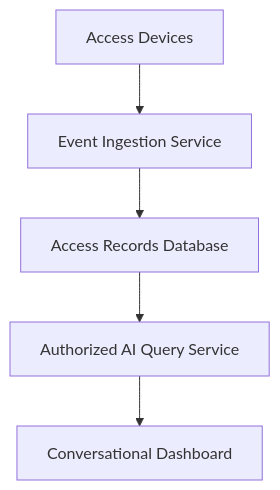
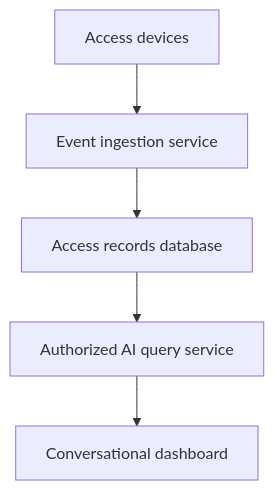
Before and after one commit to LuisDa87/Web_Ingeniot: the third of 3 diagrams in README.md, drawn with Mermaid. The commit also changed other lines of this file, not shown here.

````diff
--- a/README.md
+++ b/README.md
@@ -104,7 +139,7 @@
 ```mermaid
 flowchart TD
-    A[Access Devices] --> B[Event Ingestion Service]
-    B --> C[Access Records Database]
-    C --> D[Authorized AI Query Service]
-    D --> E[Conversational Dashboard]
+    A["Access devices"] --> B["Event ingestion service"]
+    B --> C["Access records database"]
+    C --> D["Authorized AI query service"]
+    D --> E["Conversational dashboard"]
 ```
````
